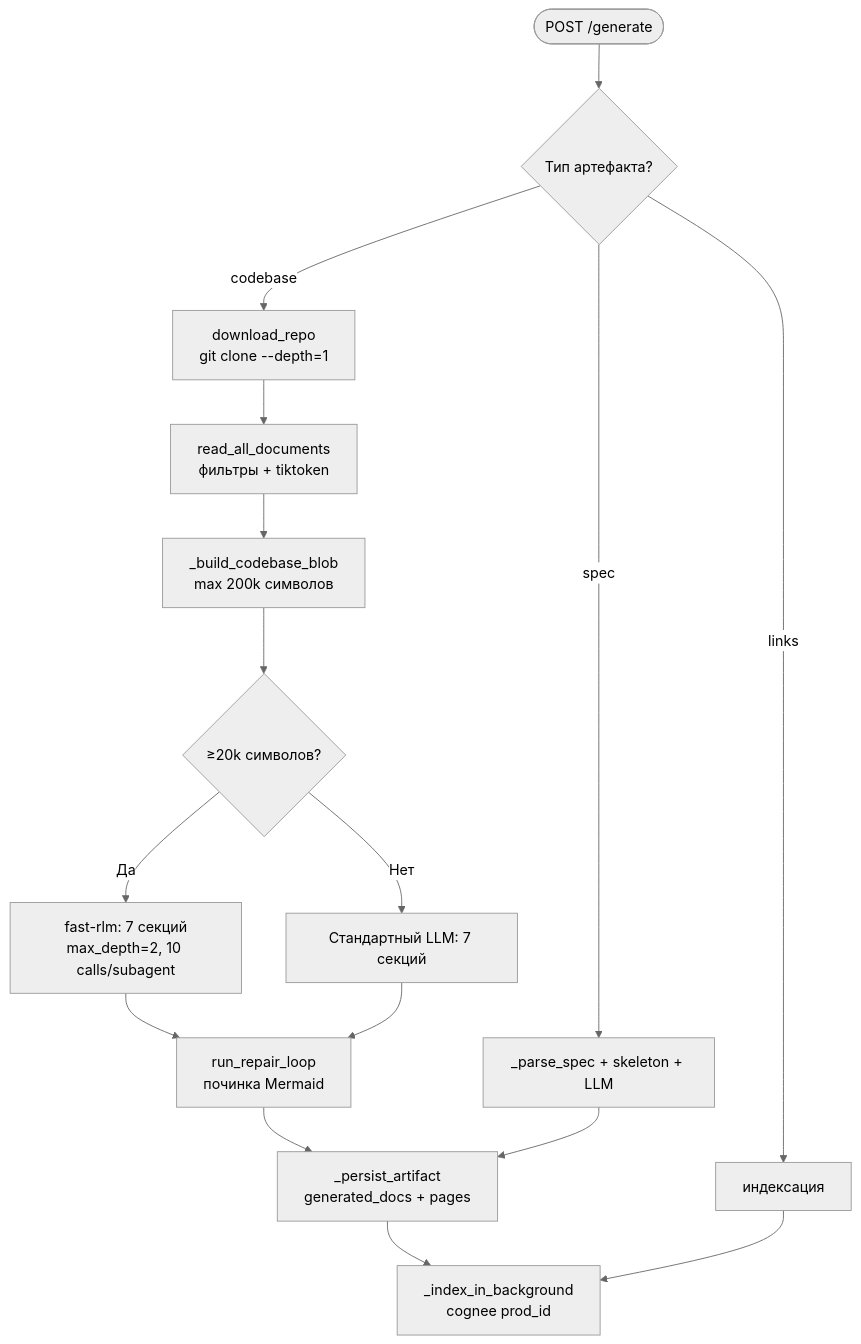
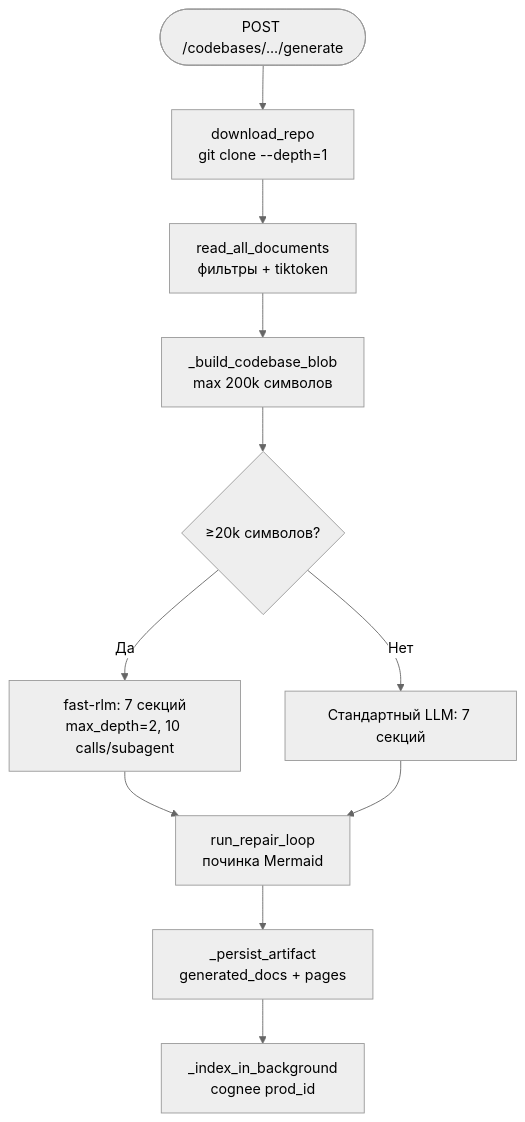
One commit to bocharoviliyav/productarium changed the second of 2 diagrams in README.ru.md. Above: the diagram before and after it, drawn with Mermaid (neutral theme). The commit also changed other lines of this file and 132 other files, not shown here.

````diff
--- a/README.ru.md
+++ b/README.ru.md
@@ -374,18 +372,13 @@
 ```mermaid
 flowchart TD
-  G([POST /generate]) --> Disp{Тип артефакта?}
-  Disp -->|codebase| CB[download_repo<br/>git clone --depth=1]
+  G([POST /codebases/.../generate]) --> CB[download_repo<br/>git clone --depth=1]
   CB --> Read[read_all_documents<br/>фильтры + tiktoken]
   Read --> Blob[_build_codebase_blob<br/>max 200k символов]
   Blob --> Len{≥20k символов?}
   Len -->|Да| RLM[fast-rlm: 7 секций<br/>max_depth=2, 10 calls/subagent]
   Len -->|Нет| LLM[Стандартный LLM: 7 секций]
   RLM --> Repair[run_repair_loop<br/>починка Mermaid]
   LLM --> Repair
   Repair --> Pers[_persist_artifact<br/>generated_docs + pages]
   Pers --> Idx[_index_in_background<br/>cognee prod_id]
-  Disp -->|spec| Spec[_parse_spec + skeleton + LLM]
-  Disp -->|links| Links[индексация]
-  Spec --> Pers
-  Links --> Idx
 ```
````
